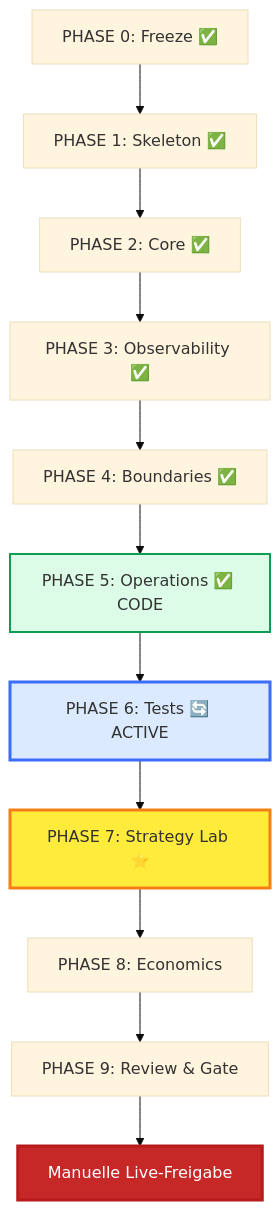
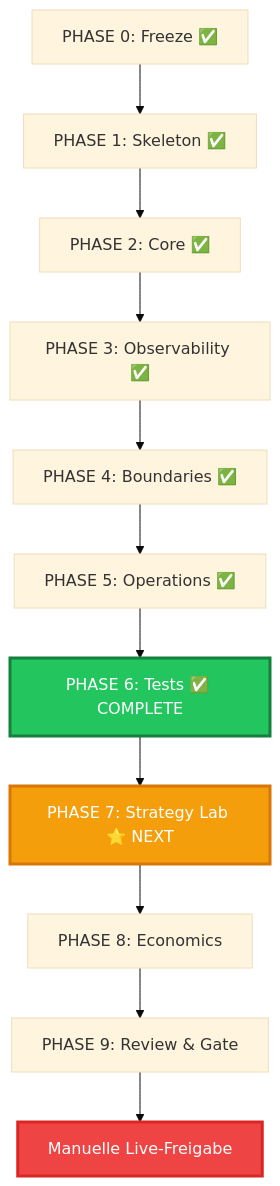
Before and after one commit to dpxyz/pecz: the diagram in forward_v5/docs/site/docs/phases.md, drawn with Mermaid (base theme). The commit also changed other lines of this file and 20 other files, not shown here.

First line of the commit message:
Mission Control Update: Phase 6 COMPLETE, 24h Test PASSED

````diff
--- a/forward_v5/docs/site/docs/phases.md
+++ b/forward_v5/docs/site/docs/phases.md
@@ -10,18 +10,17 @@
 ```mermaid
 graph TD
     P0[PHASE 0: Freeze ✅] --> P1[PHASE 1: Skeleton ✅]
     P1 --> P2[PHASE 2: Core ✅]
     P2 --> P3[PHASE 3: Observability ✅]
     P3 --> P4[PHASE 4: Boundaries ✅]
-    P4 --> P5[PHASE 5: Operations ✅ CODE]
-    P5 --> P6[PHASE 6: Tests 🔄 ACTIVE]
-    P6 --> P7[PHASE 7: Strategy Lab ⭐]
+    P4 --> P5[PHASE 5: Operations ✅]
+    P5 --> P6[PHASE 6: Tests ✅ COMPLETE]
+    P6 --> P7[PHASE 7: Strategy Lab ⭐ NEXT]
     P7 --> P8[PHASE 8: Economics]
     P8 --> P9[PHASE 9: Review & Gate]
     P9 --> LIVE[Manuelle Live-Freigabe]
     
-    style P5 fill:#dcfce7,stroke:#0d9e56,stroke-width:2px
-    style P6 fill:#dbeafe,stroke:#3b6df6,stroke-width:3px
-    style P7 fill:#ffeb3b,stroke:#f57f17,stroke-width:3px
-    style LIVE fill:#c62828,stroke:#b71c1c,stroke-width:3px,color:#fff
+    style P6 fill:#22c55e,stroke:#15803d,stroke-width:3px,color:#fff
+    style P7 fill:#f59e0b,stroke:#d97706,stroke-width:3px,color:#fff
+    style LIVE fill:#ef4444,stroke:#dc2626,stroke-width:3px,color:#fff
 ```
````
